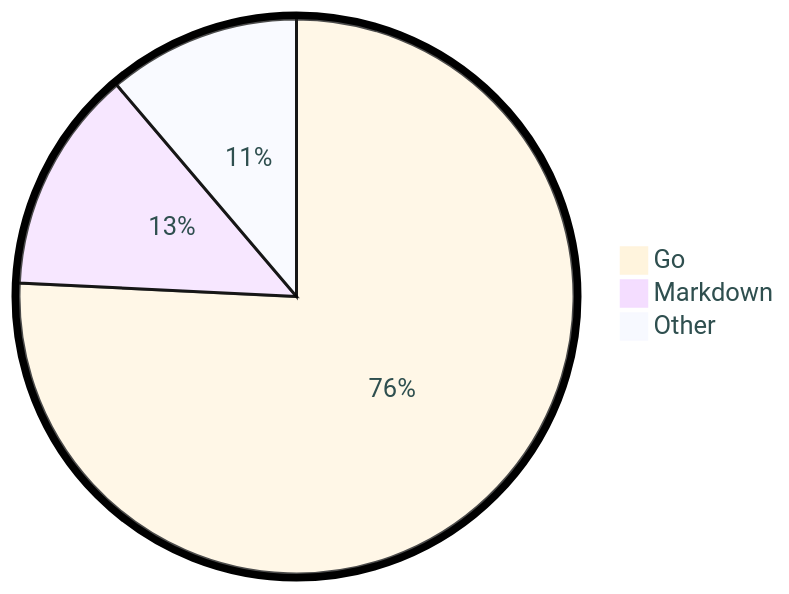
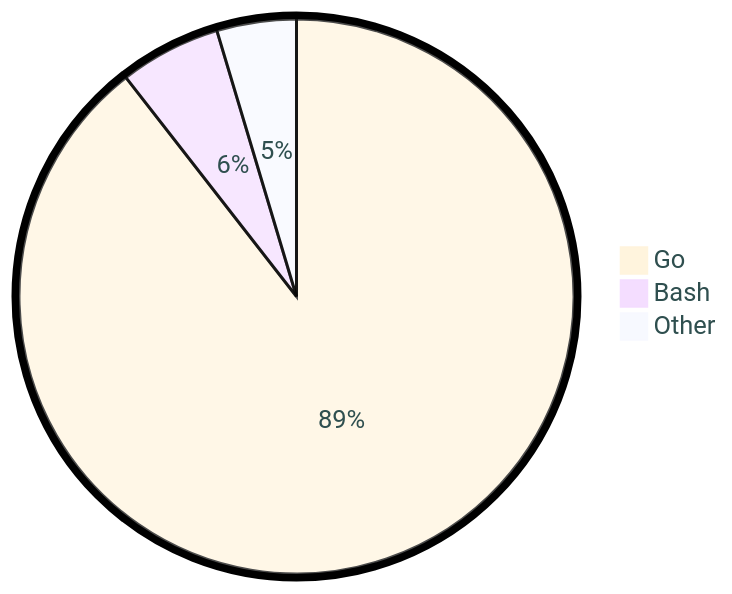
One commit to tot0p/tot0p changed the diagram in README.md. Above: the diagram before and after it, drawn with Mermaid. The commit also changed other lines of this file, not shown here.

````diff
--- a/README.md
+++ b/README.md
@@ -75,7 +74,7 @@
 ```mermaid
 %%{init: {"pie": {"textPosition": 0.5}, "themeVariables": {"pieOuterStrokeWidth": "5px","primaryTextColor" : "#2F4F4F"},"theme":"base"} }%%
 pie
-	"Go": 75.77
-	"Markdown": 13.02
-	"Other": 11.209999999999999
+	"Go": 89.47
+	"Bash": 5.9
+	"Other": 4.63
 ```
````
